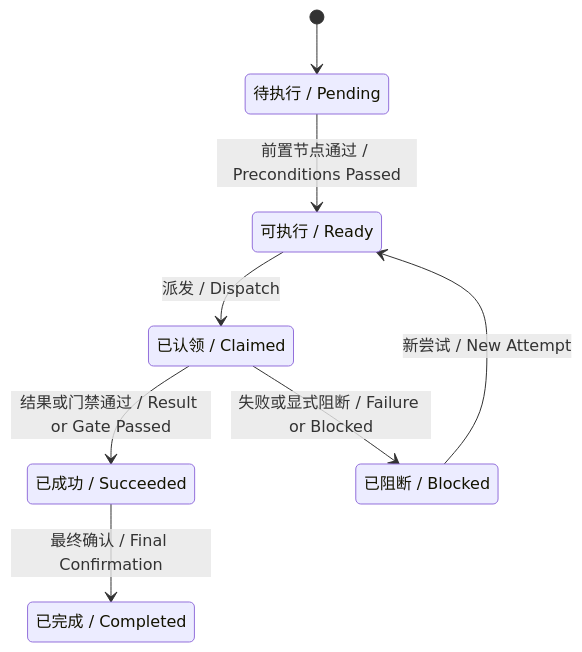
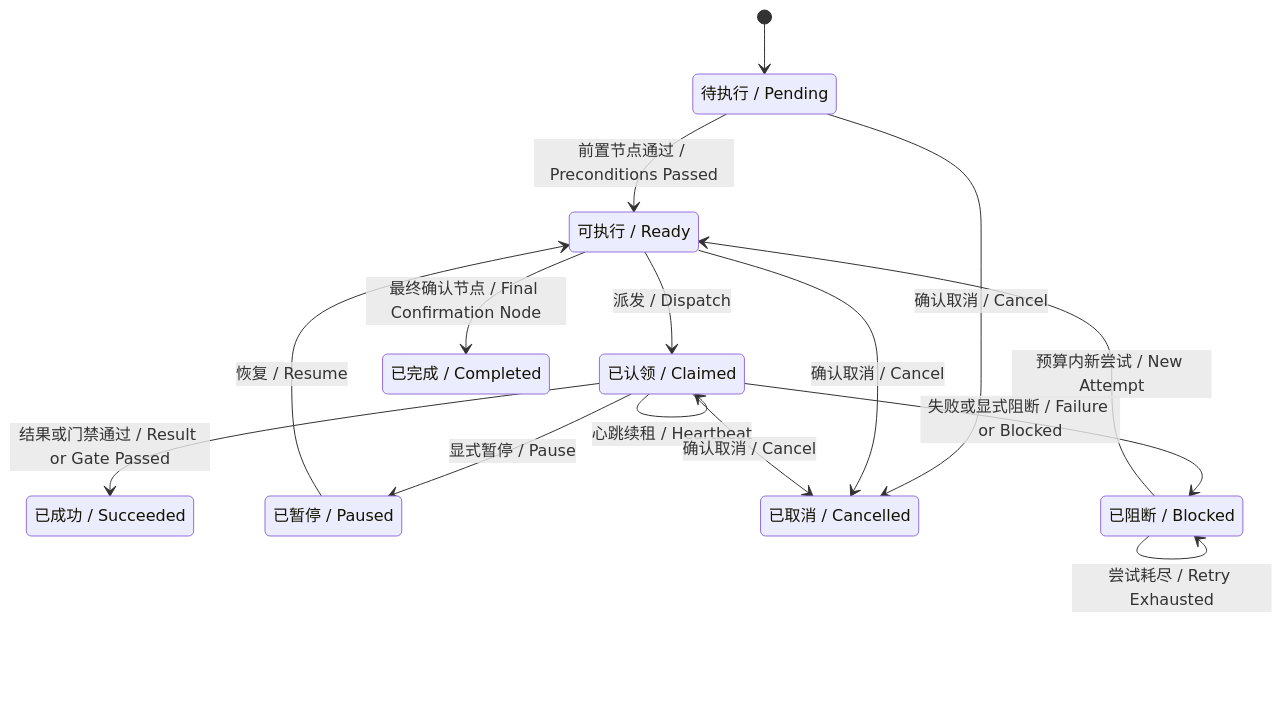
One commit to feng123321li/gated-ai-dev-loop changed the fourth of 4 diagrams in docs/project-engineering.md. Above: the diagram before and after it, drawn with Mermaid. The commit also changed other lines of this file and 37 other files, not shown here.

Commit message:
Complete Graph Engineering runtime control

````diff
--- a/docs/project-engineering.md
+++ b/docs/project-engineering.md
@@ -162,16 +164,25 @@
 ```mermaid
 stateDiagram-v2
     state "待执行 / Pending" as Pending
     state "可执行 / Ready" as Ready
     state "已认领 / Claimed" as Claimed
     state "已成功 / Succeeded" as Succeeded
     state "已阻断 / Blocked" as Blocked
+    state "已暂停 / Paused" as Paused
+    state "已取消 / Cancelled" as Cancelled
     state "已完成 / Completed" as Completed
     [*] --> Pending
     Pending --> Ready: 前置节点通过 / Preconditions Passed
     Ready --> Claimed: 派发 / Dispatch
     Claimed --> Succeeded: 结果或门禁通过 / Result or Gate Passed
     Claimed --> Blocked: 失败或显式阻断 / Failure or Blocked
-    Blocked --> Ready: 新尝试 / New Attempt
-    Succeeded --> Completed: 最终确认 / Final Confirmation
+    Claimed --> Claimed: 心跳续租 / Heartbeat
+    Claimed --> Paused: 显式暂停 / Pause
+    Paused --> Ready: 恢复 / Resume
+    Blocked --> Ready: 预算内新尝试 / New Attempt
+    Blocked --> Blocked: 尝试耗尽 / Retry Exhausted
+    Pending --> Cancelled: 确认取消 / Cancel
+    Ready --> Cancelled: 确认取消 / Cancel
+    Claimed --> Cancelled: 确认取消 / Cancel
+    Ready --> Completed: 最终确认节点 / Final Confirmation Node
 ```
````
